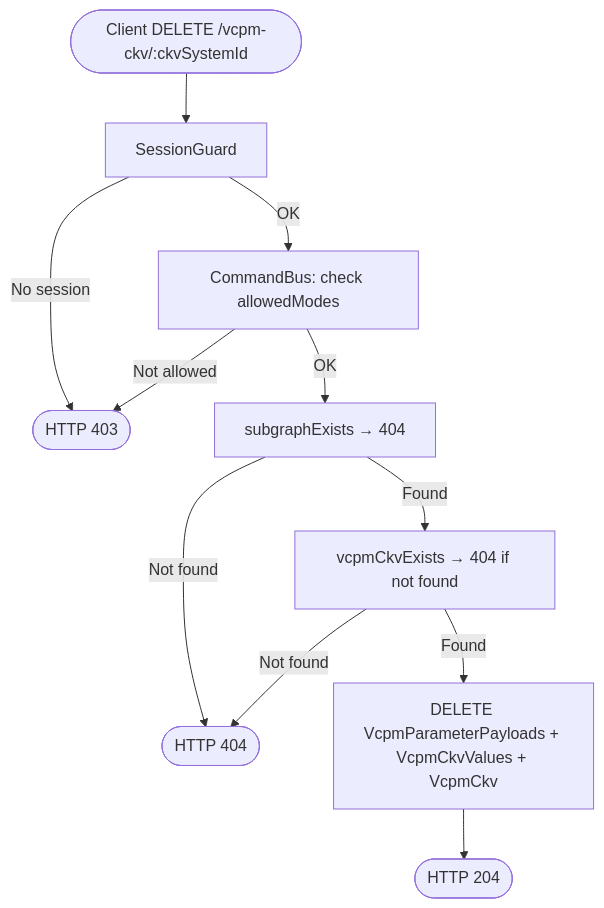
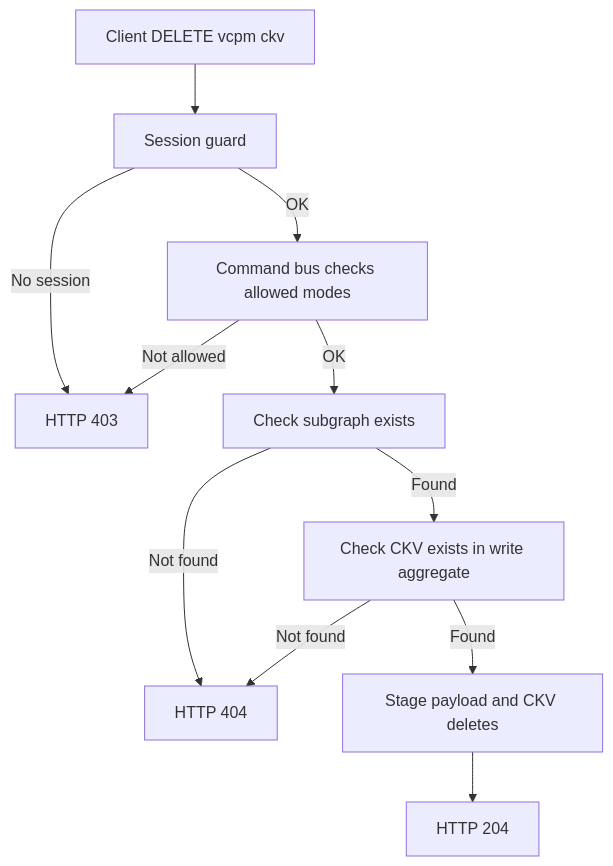
One commit to AudioReach/audioreach-creator-backend changed the second of 3 diagrams in docs/property-data/design/set-subgraph-vcpm-ckv-design.md. Above: the diagram before and after it, drawn with Mermaid. The commit also changed other lines of this file and 34 other files, not shown here.

````diff
--- a/docs/property-data/design/set-subgraph-vcpm-ckv-design.md
+++ b/docs/property-data/design/set-subgraph-vcpm-ckv-design.md
@@ -58,13 +74,13 @@
 ```mermaid
 flowchart TD
-    A([Client DELETE /vcpm-ckv/:ckvSystemId]) --> B[SessionGuard]
-    B -->|No session| C([HTTP 403])
-    B -->|OK| D[CommandBus: check allowedModes]
+    A["Client DELETE vcpm ckv"] --> B["Session guard"]
+    B -->|No session| C["HTTP 403"]
+    B -->|OK| D["Command bus checks allowed modes"]
     D -->|Not allowed| C
-    D -->|OK| E[subgraphExists → 404]
-    E -->|Not found| F([HTTP 404])
-    E -->|Found| G[vcpmCkvExists → 404 if not found]
+    D -->|OK| E["Check subgraph exists"]
+    E -->|Not found| F["HTTP 404"]
+    E -->|Found| G["Check CKV exists in write aggregate"]
     G -->|Not found| F
-    G -->|Found| H[DELETE VcpmParameterPayloads + VcpmCkvValues + VcpmCkv]
-    H --> I([HTTP 204])
+    G -->|Found| H["Stage payload and CKV deletes"]
+    H --> I["HTTP 204"]
 ```
````
